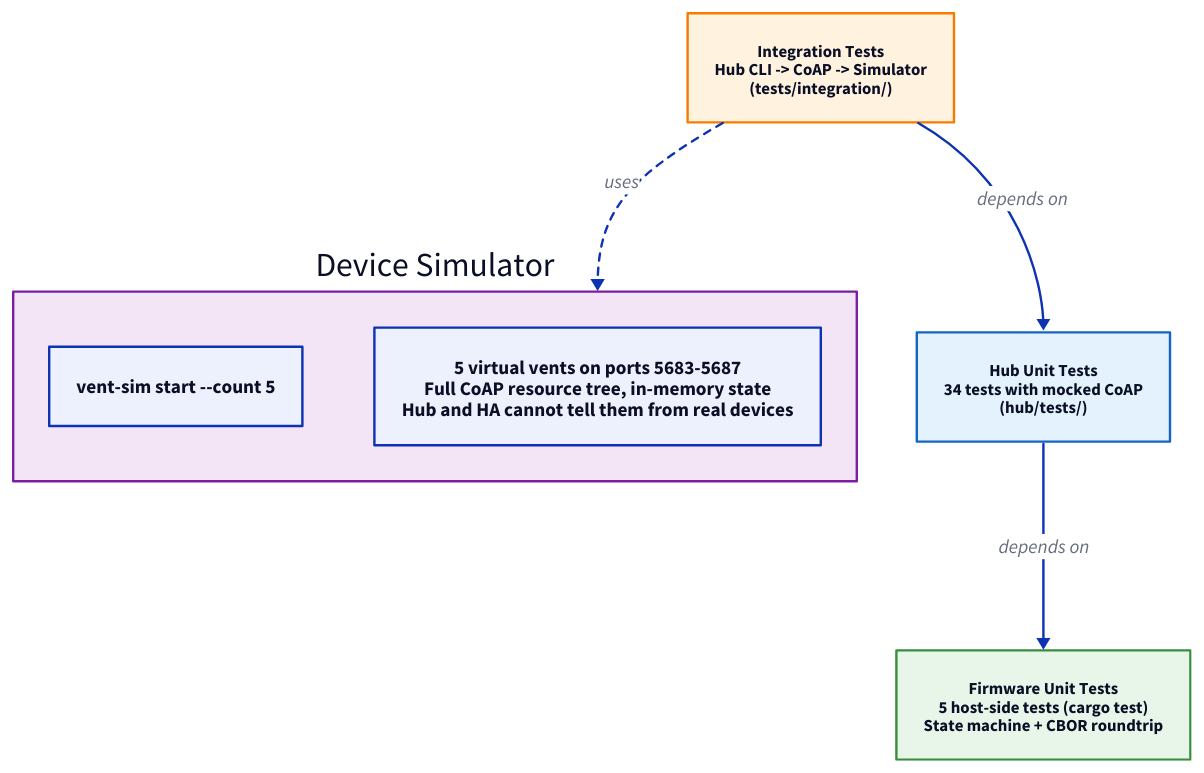
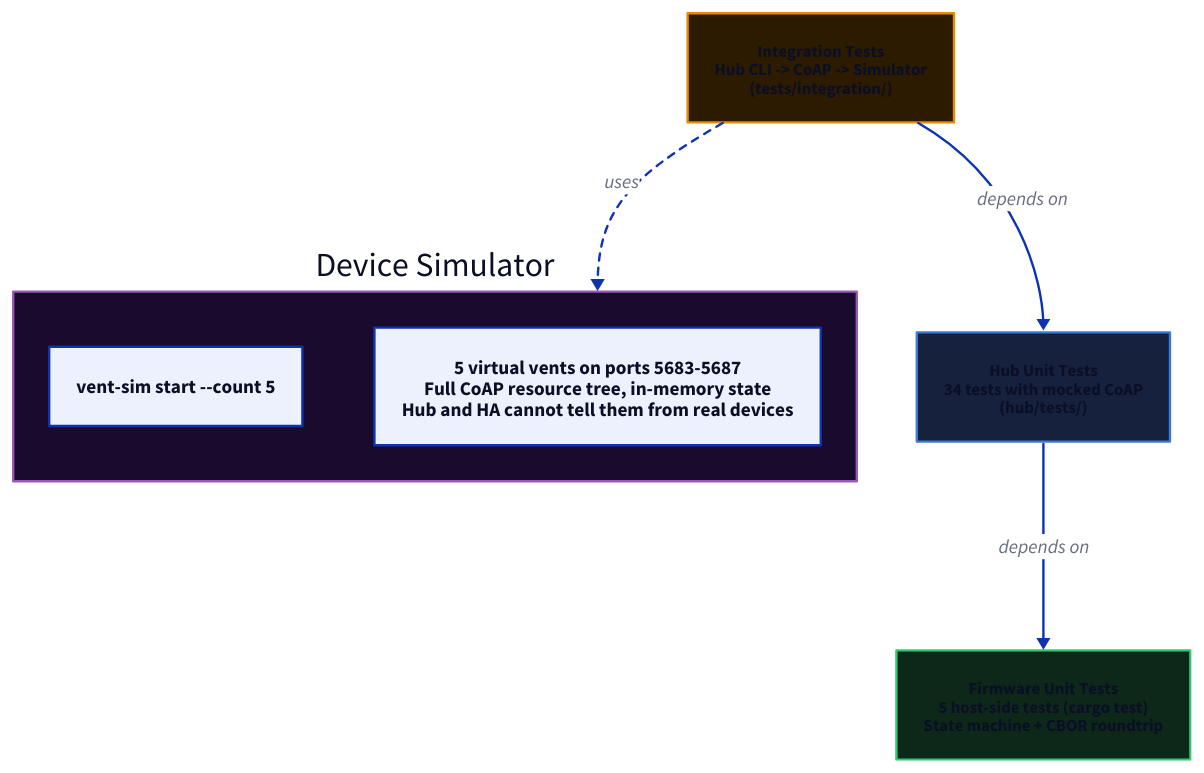
Before and after one commit to EtaCassiopeia/smart-vent: the diagram in docs/diagrams/test-architecture.d2, drawn with D2. The commit also changed 17 other files, not shown here.

First line of the commit message:
Switch D2 diagrams to dark color palette

```diff
--- a/docs/diagrams/test-architecture.d2
+++ b/docs/diagrams/test-architecture.d2
@@ -1,37 +1,37 @@
 direction: down
 
 integration: Integration Tests {
   label: "Integration Tests\nHub CLI -> CoAP -> Simulator\n(tests/integration/)"
-  style.fill: "#fff3e0"
-  style.stroke: "#f57c00"
+  style.fill: "#2d1b00"
+  style.stroke: "#e68a00"
   style.font-size: 14
 }
 
 hub_tests: Hub Unit Tests {
   label: "Hub Unit Tests\n34 tests with mocked CoAP\n(hub/tests/)"
-  style.fill: "#e3f2fd"
-  style.stroke: "#1565c0"
+  style.fill: "#16213e"
+  style.stroke: "#3a7bd5"
   style.font-size: 14
 }
 
 firmware_tests: Firmware Unit Tests {
   label: "Firmware Unit Tests\n5 host-side tests (cargo test)\nState machine + CBOR roundtrip"
-  style.fill: "#e8f5e9"
-  style.stroke: "#388e3c"
+  style.fill: "#0d2818"
+  style.stroke: "#2ecc71"
   style.font-size: 14
 }
 
 integration -> hub_tests: depends on
 hub_tests -> firmware_tests: depends on
 
 simulator: Device Simulator {
-  style.fill: "#f3e5f5"
-  style.stroke: "#7b1fa2"
+  style.fill: "#1a0a2e"
+  style.stroke: "#9b59b6"
 
   cmd: "vent-sim start --count 5"
   detail: "5 virtual vents on ports 5683-5687\nFull CoAP resource tree, in-memory state\nHub and HA cannot tell them from real devices"
 }
 
 integration -> simulator: uses {
   style.stroke-dash: 3
 }
```
